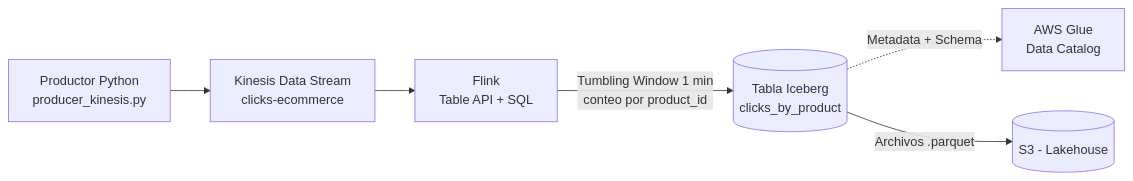
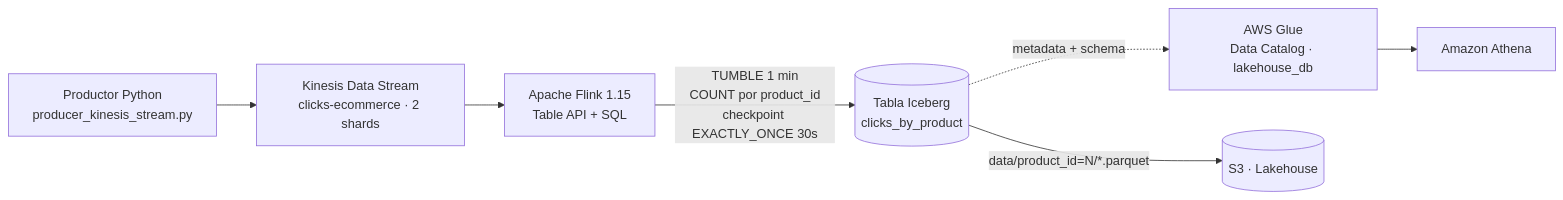
One commit to AndresCapoPlaza/dataops-terraform-aws changed the third of 3 diagrams in README.md. Above: the diagram before and after it, drawn with Mermaid. The commit also changed other lines of this file and 43 other files, not shown here.

````diff
--- a/README.md
+++ b/README.md
@@ -905,8 +919,9 @@
 ```mermaid
 flowchart LR
-    P[Productor Python<br/>producer_kinesis.py] --> K[Kinesis Data Stream<br/>clicks-ecommerce]
-    K --> F[Flink<br/>Table API + SQL]
-    F -->|Tumbling Window 1 min<br/>conteo por product_id| I[(Tabla Iceberg<br/>clicks_by_product)]
-    I -.->|Metadata + Schema| G[AWS Glue<br/>Data Catalog]
-    I -->|Archivos .parquet| S3[(S3 - Lakehouse)]
+    P[Productor Python<br/>producer_kinesis_stream.py] --> K[Kinesis Data Stream<br/>clicks-ecommerce · 2 shards]
+    K --> F[Apache Flink 1.15<br/>Table API + SQL]
+    F -->|TUMBLE 1 min<br/>COUNT por product_id<br/>checkpoint EXACTLY_ONCE 30s| I[(Tabla Iceberg<br/>clicks_by_product)]
+    I -.->|metadata + schema| G[AWS Glue<br/>Data Catalog · lakehouse_db]
+    I -->|data/product_id=N/*.parquet| S3[(S3 · Lakehouse)]
+    G --> A[Amazon Athena]
 ```
````
